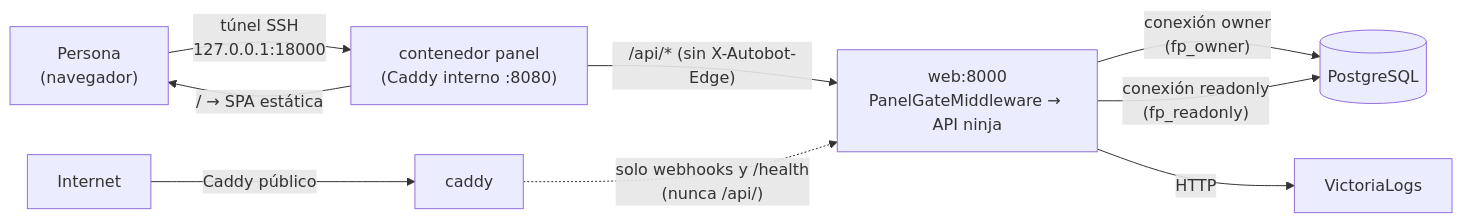
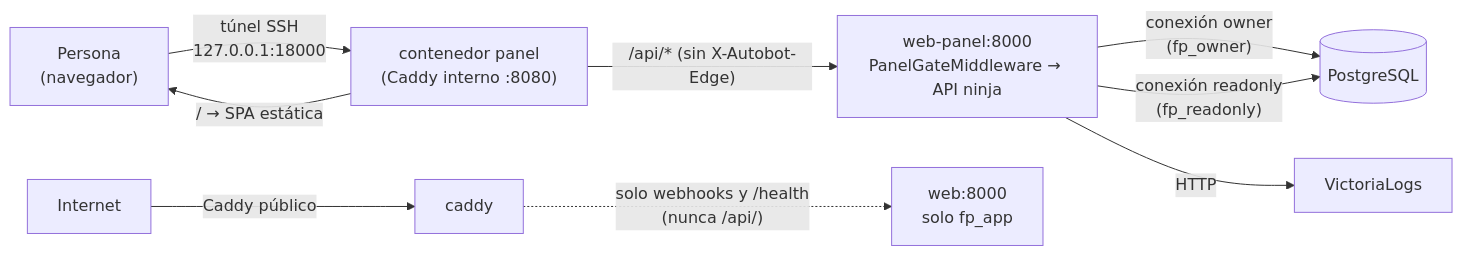
One commit to MarianodelRio/autobot changed the diagram in docs/arquitectura/panel.md. Above: the diagram before and after it, drawn with Mermaid. The commit also changed other lines of this file and 172 other files, not shown here.

````diff
--- a/docs/arquitectura/panel.md
+++ b/docs/arquitectura/panel.md
@@ -12,11 +12,11 @@
 ```mermaid
 flowchart LR
     P["Persona<br/>(navegador)"] -->|"túnel SSH<br/>127.0.0.1:18000"| PC["contenedor panel<br/>(Caddy interno :8080)"]
     PC -->|"/ → SPA estática"| P
-    PC -->|"/api/* (sin X-Autobot-Edge)"| W["web:8000<br/>PanelGateMiddleware → API ninja"]
-    W -->|"conexión owner<br/>(fp_owner)"| DB[("PostgreSQL")]
-    W -->|"conexión readonly<br/>(fp_readonly)"| DB
-    W -->|"HTTP"| VL["VictoriaLogs"]
+    PC -->|"/api/* (sin X-Autobot-Edge)"| WP["web-panel:8000<br/>PanelGateMiddleware → API ninja"]
+    WP -->|"conexión owner<br/>(fp_owner)"| DB[("PostgreSQL")]
+    WP -->|"conexión readonly<br/>(fp_readonly)"| DB
+    WP -->|"HTTP"| VL["VictoriaLogs"]
     E["Internet"] -->|"Caddy público"| C["caddy"]
-    C -.->|"solo webhooks y /health<br/>(nunca /api/)"| W
+    C -.->|"solo webhooks y /health<br/>(nunca /api/)"| W["web:8000<br/>solo fp_app"]
 ```
````
